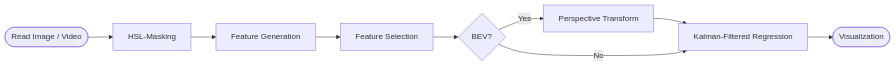
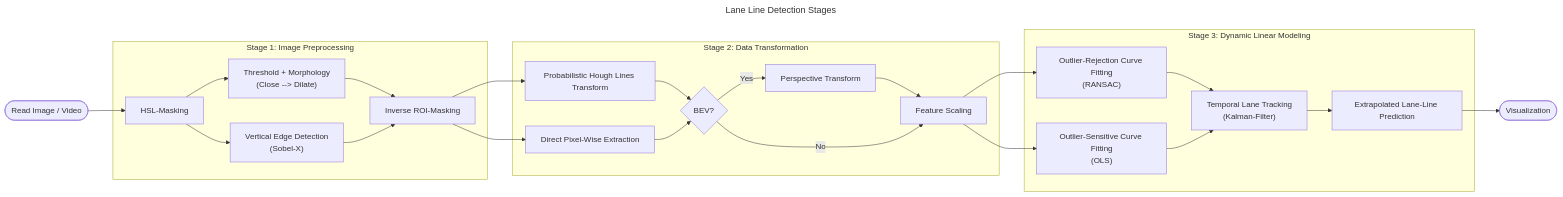
Before and after one commit to ShaneTeel/lane-detection-classic: the diagram in README.md, drawn with Mermaid. The commit also changed other lines of this file and 1 other file, not shown here.

Commit message:
Updated README.md with better flowchart, and structure.

````diff
--- a/README.md
+++ b/README.md
@@ -77,12 +85,31 @@
 ```mermaid
+---
+title: Lane Line Detection Stages
+---
 graph LR;
     A([Read Image / Video]) --> B;
-    B[HSL-Masking] --> C;
-    C[Feature Generation] --> D;
-    D[Feature Selection] --> E;
-    E{BEV?} --> |Yes| F;
-    F[Perspective Transform] --> H;
-    E{BEV?} --> |No| H;
-    H[Kalman-Filtered Regression] --> I;
-    I([Visualization]);
+    subgraph Stage 1: Image Preprocessing;
+        B[HSL-Masking] --> CA;
+        CA["Threshold + Morphology<br>(Close --> Dilate)"] --> D;
+        B[HSL-Masking] --> CB;
+        CB["Vertical Edge Detection<br>(Sobel-X)"] --> D
+        end
+    D[Inverse ROI-Masking] --> EA;
+    D[Inverse ROI-Masking] --> EB;
+    subgraph Stage 2: Data Transformation;
+        EA[Probabilistic Hough Lines Transform] --> F;
+        EB[Direct Pixel-Wise Extraction] --> F;
+        F{BEV?} --> |Yes| G;
+        G[Perspective Transform] --> H;
+        F{BEV?} --> |No| H;
+        end
+    H[Feature Scaling] --> IA;
+    H[Feature Scaling] --> IB
+    subgraph Stage 3: Dynamic Linear Modeling
+        IA["Outlier-Rejection Curve Fitting<br>(RANSAC)"] --> J;
+        IB["Outlier-Sensitive Curve Fitting<br>(OLS)"] --> J;
+        J["Temporal Lane Tracking<br>(Kalman-Filter)"] --> K;
+        end
+    K[Extrapolated Lane-Line Prediction] --> L;
+    L([Visualization]);
 ```
````
